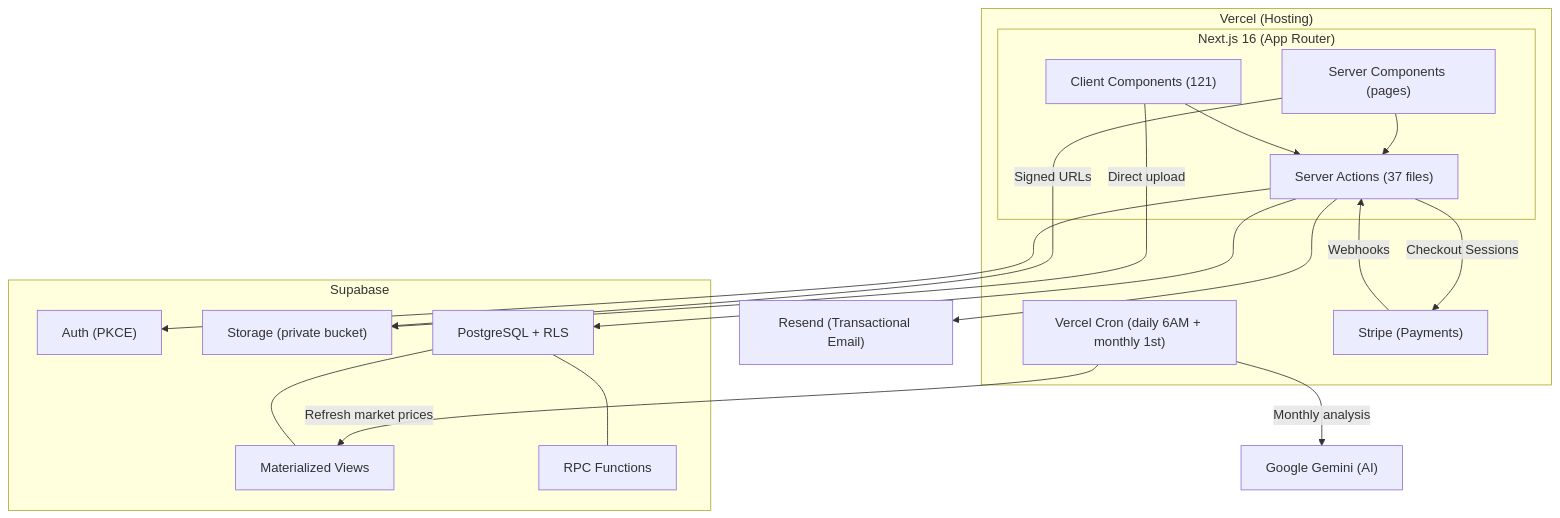
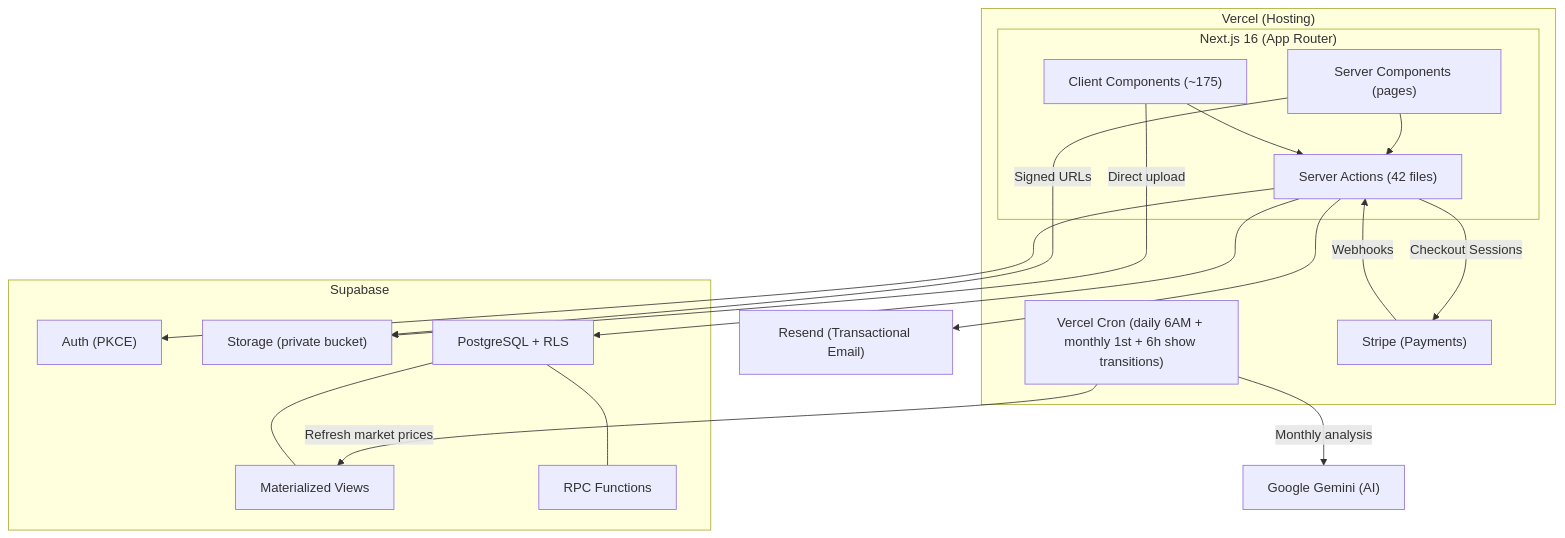
The diagram in docs/architecture/overview.md (smount92/ProjectEquiscape), drawn with Mermaid before and after one commit. The commit also changed other lines of this file and 20 other files, not shown here.

````diff
--- a/docs/architecture/overview.md
+++ b/docs/architecture/overview.md
@@ -5,38 +5,38 @@
 ```mermaid
 graph TD
     subgraph Vercel["Vercel (Hosting)"]
         subgraph Next["Next.js 16 (App Router)"]
             SC["Server Components (pages)"]
-            CC["Client Components (121)"]
-            SA["Server Actions (37 files)"]
+            CC["Client Components (~175)"]
+            SA["Server Actions (42 files)"]
         end
-        Cron["Vercel Cron (daily 6AM + monthly 1st)"]
+        Cron["Vercel Cron (daily 6AM + monthly 1st + 6h show transitions)"]
         Stripe["Stripe (Payments)"]
     end
 
     subgraph Supabase["Supabase"]
         Auth["Auth (PKCE)"]
         Storage["Storage (private bucket)"]
         DB["PostgreSQL + RLS"]
         MV["Materialized Views"]
         RPC["RPC Functions"]
     end
 
     Email["Resend (Transactional Email)"]
     Gemini["Google Gemini (AI)"]
 
     SA -->|"Checkout Sessions"| Stripe
     Stripe -->|"Webhooks"| SA
     Cron -->|"Monthly analysis"| Gemini
 
     SC --> SA
     CC --> SA
     SA --> DB
     SA --> Email
     CC -->|"Direct upload"| Storage
     SC -->|"Signed URLs"| Storage
     Cron -->|"Refresh market prices"| MV
     SA --> Auth
     DB --- MV
     DB --- RPC
 ```
````
